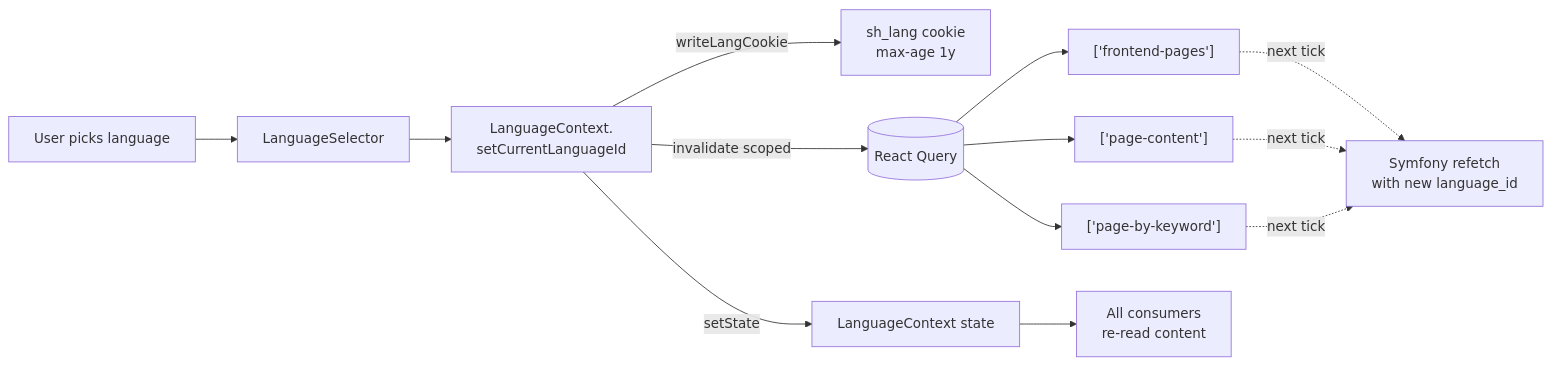
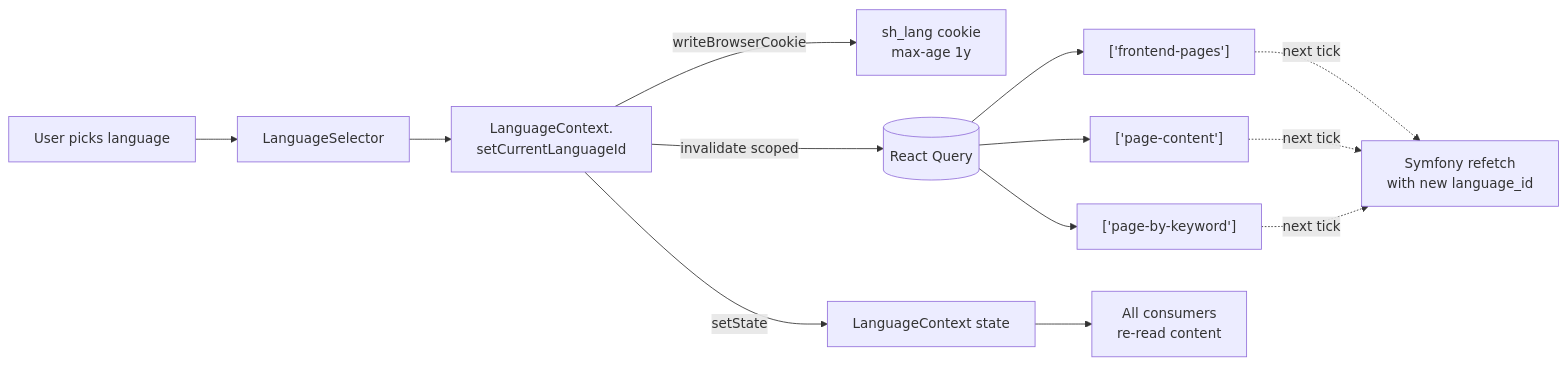
One commit to humdek-unibe-ch/sh-selfhelp_frontend changed the fifth of 6 diagrams in architecture.md. Above: the diagram before and after it, drawn with Mermaid. The commit also changed other lines of this file and 20 other files, not shown here.

````diff
--- a/architecture.md
+++ b/architecture.md
@@ -1890,15 +1904,15 @@
 ```mermaid
 flowchart LR
     User[User picks language] --> LS[LanguageSelector]
     LS --> LC[LanguageContext.<br/>setCurrentLanguageId]
-    LC -->|writeLangCookie| Cookie[sh_lang cookie<br/>max-age 1y]
+    LC -->|writeBrowserCookie| Cookie[sh_lang cookie<br/>max-age 1y]
     LC -->|invalidate scoped| RQ[(React Query)]
     RQ --> K1["['frontend-pages']"]
     RQ --> K2["['page-content']"]
     RQ --> K3["['page-by-keyword']"]
     LC -->|setState| Ctx[LanguageContext state]
     Ctx --> Children[All consumers<br/>re-read content]
     K1 -.->|next tick| BE[Symfony refetch<br/>with new language_id]
     K2 -.->|next tick| BE
     K3 -.->|next tick| BE
 ```
````
